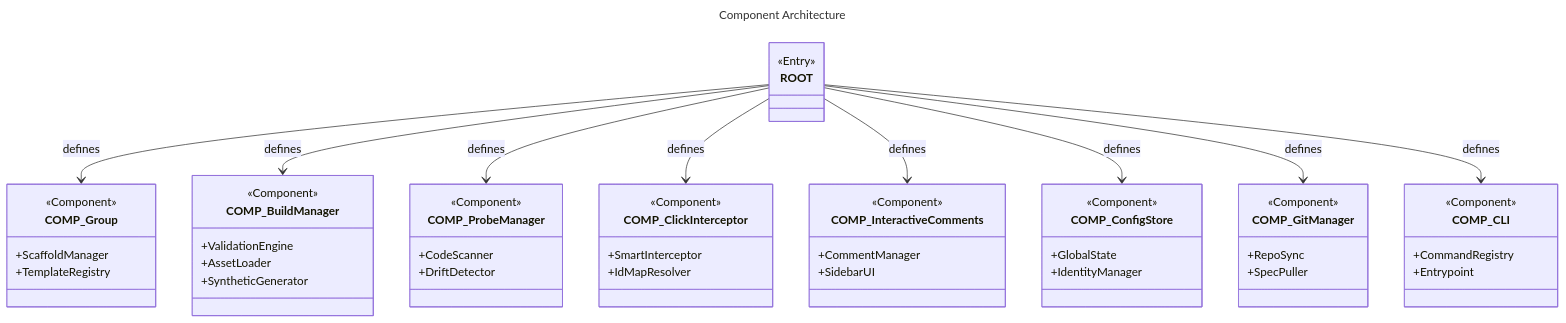
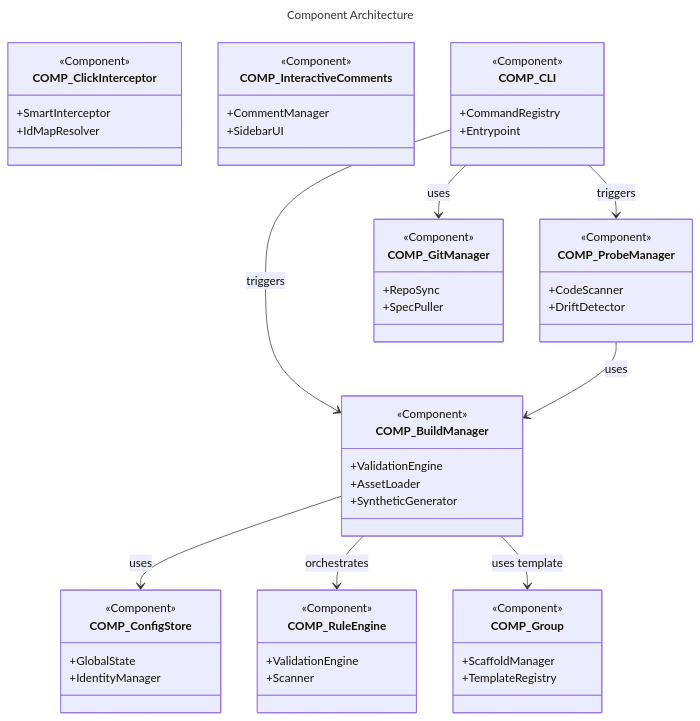
The diagram in docs/components/COMP_Overview.mermaid (futurefoundai/foundryspec), drawn with Mermaid before and after one commit. The commit also changed other lines of this file and 18 other files, not shown here.

Commit message:
feat: migrate traceability to rule engine, implement class analyzer and refined synthetic indices

```diff
--- a/docs/components/COMP_Overview.mermaid
+++ b/docs/components/COMP_Overview.mermaid
@@ -1,110 +1,104 @@
 ---
 id: "COMP_Overview"
 title: Component Architecture
 description: Detailed decomposition of the FoundrySpec engine components.
 entities:
-  - id: "COMP_Overview"
-    uplink: "ROOT"
-    downlinks:
-      - "COMP_Group"
-      - "COMP_ClickInterceptor"
-      - "COMP_InteractiveComments"
-      - "COMP_BuildManager"
-      - "COMP_ProbeManager"
-      - "COMP_ConfigStore"
-      - "COMP_GitManager"
-      - "COMP_CLI"
   - id: "COMP_Group"
     uplink: "REQ_NonFunctional"
   - id: "COMP_ClickInterceptor"
     uplink: "REQ_Functional"
   - id: "COMP_InteractiveComments"
     uplink: "REQ_InteractiveComments"
     requirements:
       - "REQ_InteractiveComments"
       - "REQ_DeterministicIdentity"
   - id: "COMP_BuildManager"
     uplink: "REQ_PathIntegrity"
     requirements:
       - "REQ_PathIntegrity"
       - "REQ_DynamicRoot"
   - id: "COMP_ProbeManager"
     uplink: "REQ_AutomatedProbing"
     requirements:
       - "REQ_AutomatedProbing"
   - id: "COMP_ConfigStore"
     uplink: "REQ_ZeroConfig"
     requirements:
       - "REQ_ZeroConfig"
   - id: "COMP_GitManager"
     uplink: "REQ_Functional"
     requirements:
       - "REQ_Functional"
   - id: "COMP_CLI"
     uplink: "REQ_Functional"
     requirements:
       - "REQ_Functional"
+  - id: "COMP_RuleEngine"
+    uplink: "COMP_BuildManager"
+    requirements:
+      - "REQ_Core"
 ---
 
 classDiagram
     class COMP_Group {
         <<Component>>
         +ScaffoldManager
         +TemplateRegistry
     }
 
     class COMP_BuildManager {
         <<Component>>
         +ValidationEngine
         +AssetLoader
         +SyntheticGenerator
     }
 
     class COMP_ProbeManager {
         <<Component>>
         +CodeScanner
         +DriftDetector
     }
 
     class COMP_ClickInterceptor {
         <<Component>>
         +SmartInterceptor
         +IdMapResolver
     }
 
     class COMP_InteractiveComments {
         <<Component>>
         +CommentManager
         +SidebarUI
     }
 
     class COMP_ConfigStore {
         <<Component>>
         +GlobalState
         +IdentityManager
     }
 
     class COMP_GitManager {
         <<Component>>
         +RepoSync
         +SpecPuller
     }
 
     class COMP_CLI {
         <<Component>>
         +CommandRegistry
         +Entrypoint
     }
-    
-    class ROOT {
-        <<Entry>>
+
+    class COMP_RuleEngine {
+        <<Component>>
+        +ValidationEngine
+        +Scanner
     }
     
-    ROOT --> COMP_Group : defines
-    ROOT --> COMP_BuildManager : defines
-    ROOT --> COMP_ProbeManager : defines
-    ROOT --> COMP_ClickInterceptor : defines
-    ROOT --> COMP_InteractiveComments : defines
-    ROOT --> COMP_ConfigStore : defines
-    ROOT --> COMP_GitManager : defines
-    ROOT --> COMP_CLI : defines
+    COMP_CLI --> COMP_BuildManager : triggers
+    COMP_CLI --> COMP_ProbeManager : triggers
+    COMP_CLI --> COMP_GitManager : uses
+    COMP_BuildManager --> COMP_ConfigStore : uses
+    COMP_BuildManager --> COMP_RuleEngine : orchestrates
+    COMP_ProbeManager --> COMP_BuildManager : uses
+    COMP_BuildManager --> COMP_Group : uses template
```
